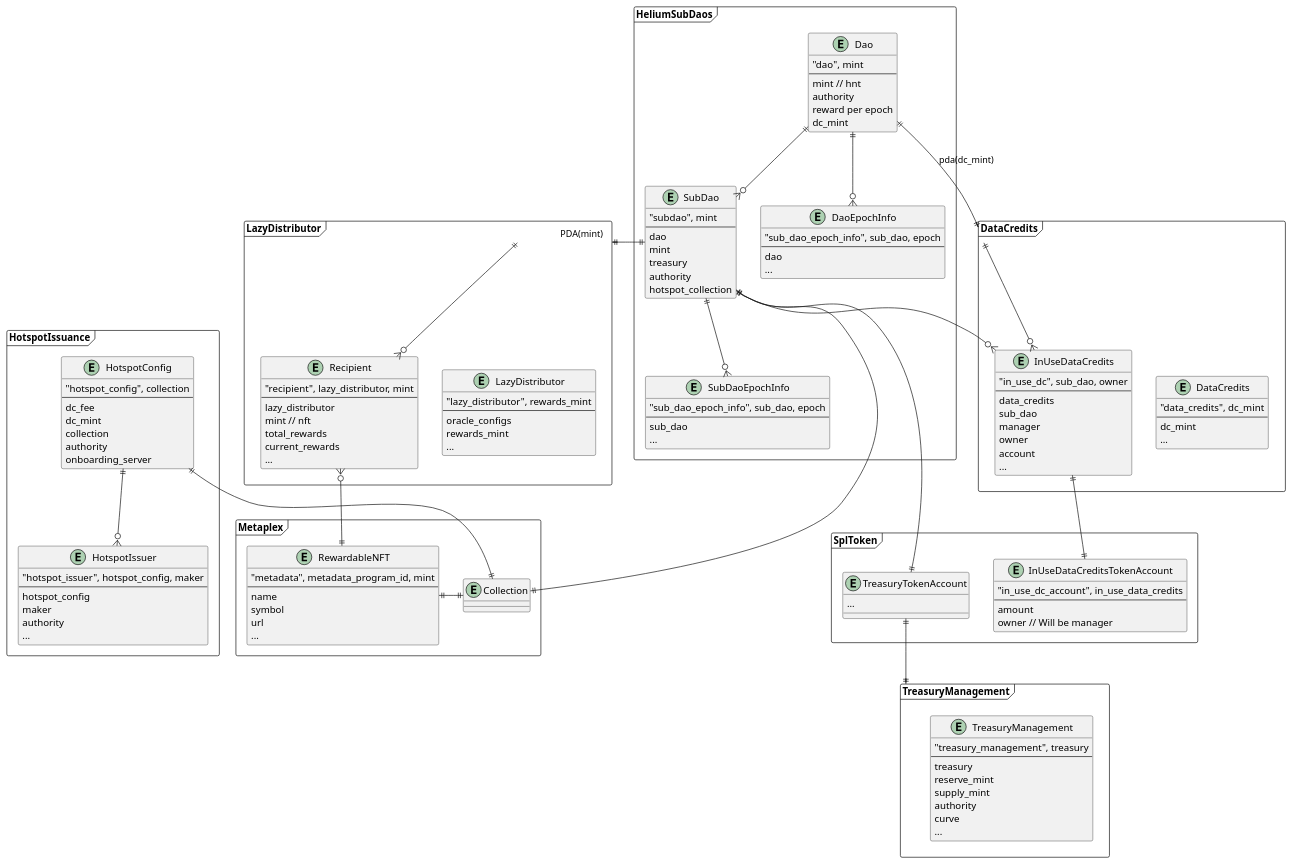
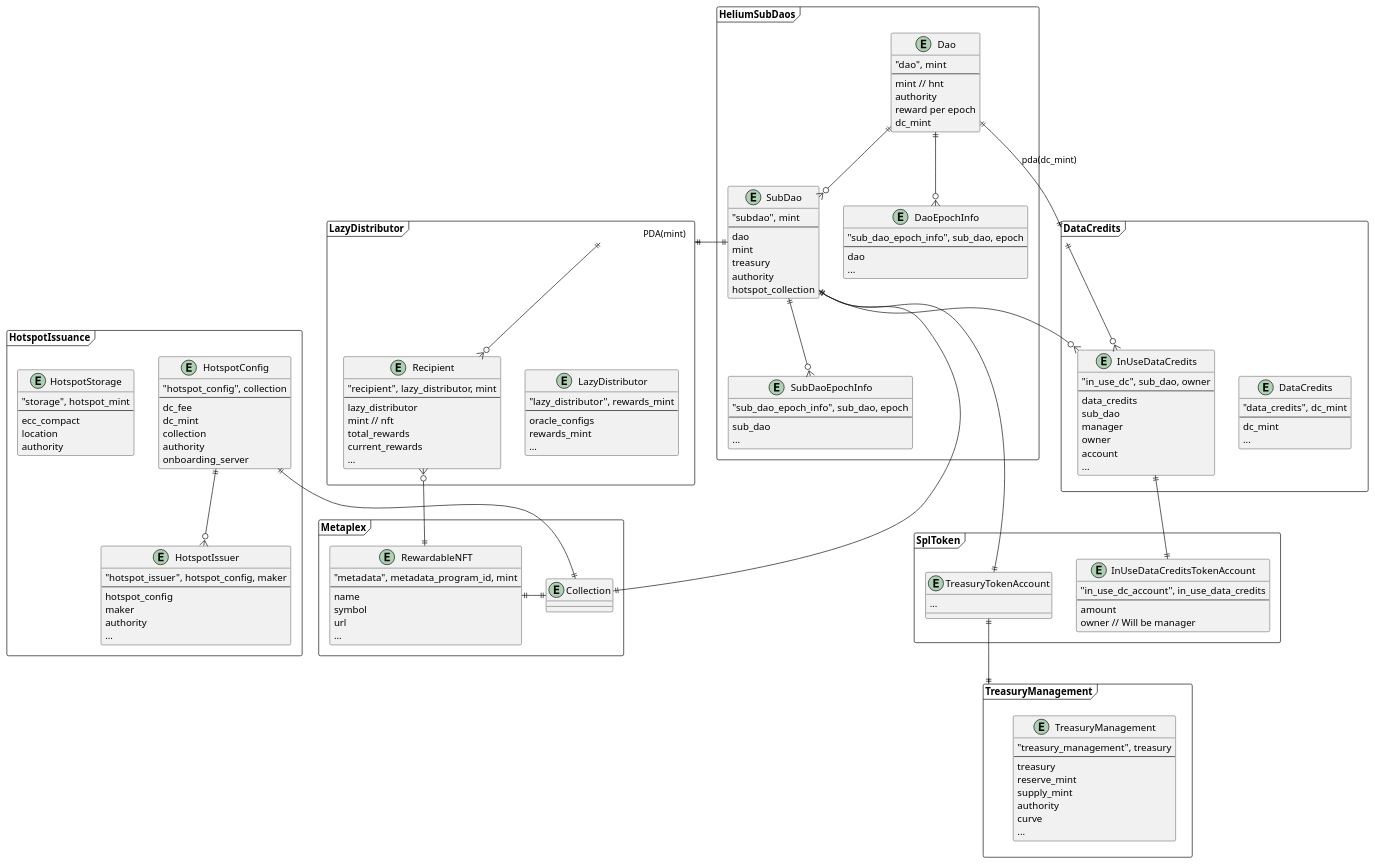
One commit to helium/helium-program-library changed the diagram in diagrams/erd.puml. Above: the diagram before and after it, drawn with PlantUML. The commit also changed 5 other files, not shown here.

```diff
--- a/diagrams/erd.puml
+++ b/diagrams/erd.puml
@@ -1,167 +1,176 @@
 @startuml
 
 frame HeliumSubDaos {
   entity Dao {
     "dao", mint
     --
     mint // hnt
     authority
     reward per epoch
     dc_mint
   }
 
   entity SubDao {
     "subdao", mint
     --
     dao
     mint
     treasury
     authority
     hotspot_collection
   }
 
   entity DaoEpochInfo {
     "sub_dao_epoch_info", sub_dao, epoch
     --
     dao
     ...
   }
 
   entity SubDaoEpochInfo {
     "sub_dao_epoch_info", sub_dao, epoch
     --
     sub_dao
     ...
   }
 }
 
 frame DataCredits {
   entity DataCredits {
     "data_credits", dc_mint
     --
     dc_mint
     ...
   }
 
   entity InUseDataCredits {
     "in_use_dc", sub_dao, owner
     --
     data_credits
     sub_dao
     manager
     owner
     account
     ...
   }
 }
 
 frame SplToken {
   entity InUseDataCreditsTokenAccount {
     "in_use_dc_account", in_use_data_credits
     --
     amount
     owner // Will be manager
   }
 
   entity TreasuryTokenAccount {
     ...
   }
 }
 
 frame HotspotIssuance {
   entity HotspotConfig {
     "hotspot_config", collection
     --
     dc_fee
     dc_mint
     collection
     authority
     onboarding_server
   }
 
   entity HotspotIssuer {
     "hotspot_issuer", hotspot_config, maker
     --
     hotspot_config
     maker
     authority
     ...
   }
+
+  entity HotspotStorage {
+    "storage", hotspot_mint
+    --
+    ecc_compact
+    location
+    authority
+  }
 }
 
 frame LazyDistributor {
   entity LazyDistributor {
     "lazy_distributor", rewards_mint
     --
     oracle_configs
     rewards_mint
     ...
   }
 
   entity Recipient {
     "recipient", lazy_distributor, mint
     ---
     lazy_distributor
     mint // nft
     total_rewards
     current_rewards
     ...
   }
 }
 
 frame Metaplex {
   entity Collection
   entity RewardableNFT {
     "metadata", metadata_program_id, mint
     --
     name
     symbol
     url
     ...
   }
 }
 
 
 frame TreasuryManagement {
   entity TreasuryManagement {
     "treasury_management", treasury
     --
     treasury
     reserve_mint
     supply_mint
     authority
     curve
     ...
   }
 }
 
+
 DataCredits  ||--o{ InUseDataCredits
 InUseDataCredits ||--|| InUseDataCreditsTokenAccount
 
 SubDao ||--o{ InUseDataCredits
 
 SubDao ||--|| TreasuryTokenAccount
 TreasuryTokenAccount ||--|| TreasuryManagement
 
 Dao ||--|| DataCredits : pda(dc_mint)
 
 
 SubDao ||-|| LazyDistributor : PDA(mint)
 
 SubDao ||-|| Collection
 
 
 Dao ||--o{ SubDao
 Dao ||--o{ DaoEpochInfo 
 SubDao ||--o{ SubDaoEpochInfo
 
 HotspotConfig ||--o{ HotspotIssuer
 HotspotConfig ||--|| Collection
 
 LazyDistributor ||--o{ Recipient
 
 Recipient }o--|| RewardableNFT
 
 RewardableNFT ||-|| Collection
 
 @enduml
```
